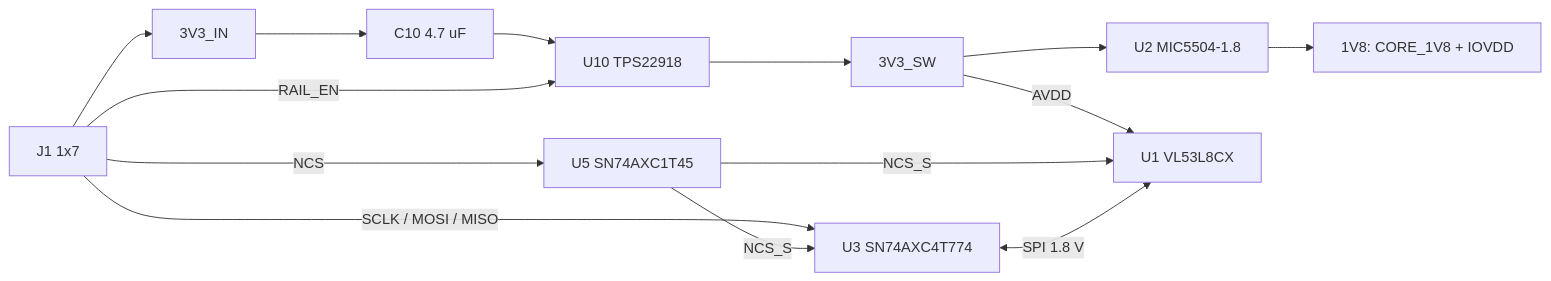
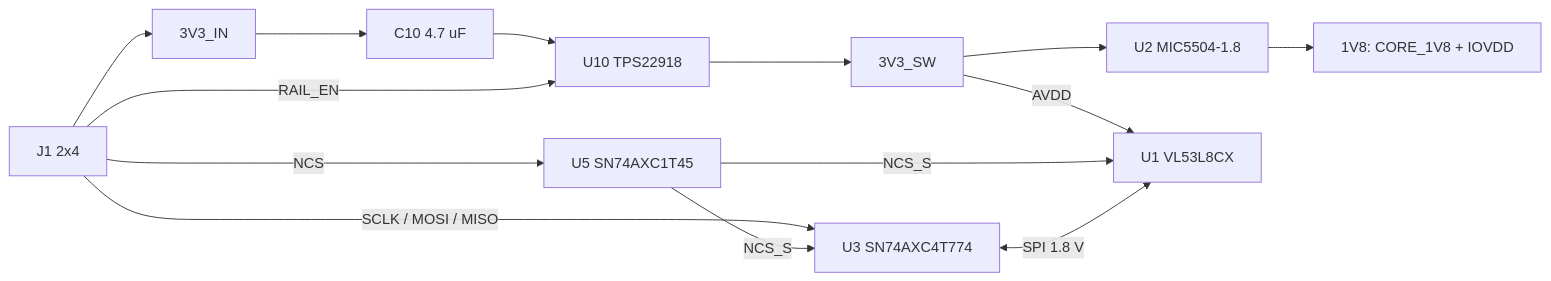
The second of 2 diagrams in README.md (sabinM1/VL53L8CX-carrier), drawn with Mermaid before and after one commit. The commit also changed other lines of this file and 5 other files, not shown here.

````diff
--- a/README.md
+++ b/README.md
@@ -71,16 +71,16 @@
 ```mermaid
 flowchart LR
-    J1["J1 1x7"] --> IN["3V3_IN"]
+    J1["J1 2x4"] --> IN["3V3_IN"]
     IN --> C10["C10 4.7 uF"]
     C10 --> U10["U10 TPS22918"]
     J1 -->|RAIL_EN| U10
     U10 --> SW["3V3_SW"]
     SW --> LDO["U2 MIC5504-1.8"]
     LDO --> V18["1V8: CORE_1V8 + IOVDD"]
     SW -->|AVDD| S["U1 VL53L8CX"]
     J1 -->|"SCLK / MOSI / MISO"| U3["U3 SN74AXC4T774"]
     J1 -->|"NCS"| U5["U5 SN74AXC1T45"]
     U5 -->|"NCS_S"| S
     U5 -->|"NCS_S"| U3
     U3 <-->|"SPI 1.8 V"| S
 ```
````
